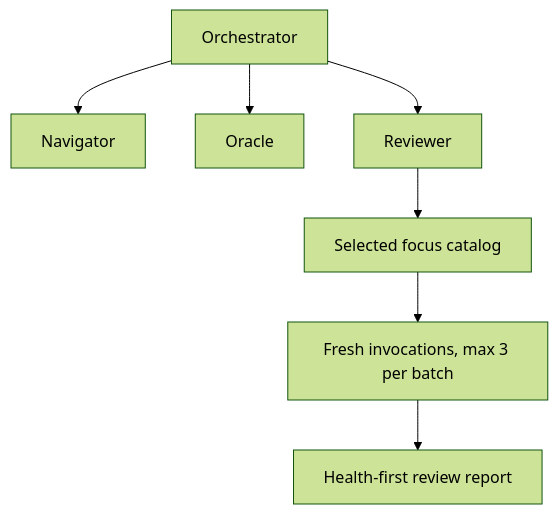
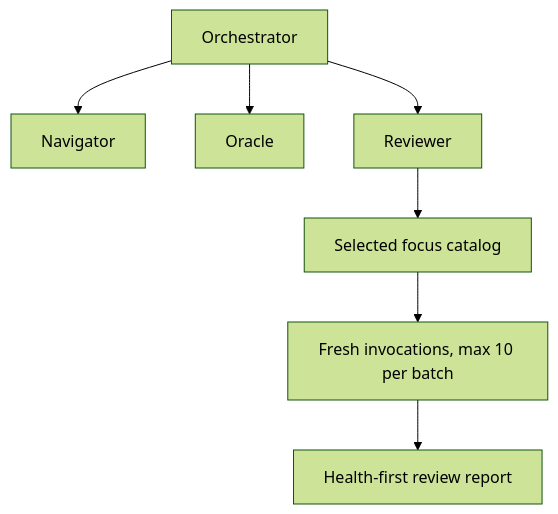
One commit to guilhermemmb/ai-rules changed the diagram in docs/graphs/dispatch-and-review.mmd. Above: the diagram before and after it, drawn with Mermaid (forest theme). The commit also changed 9 other files, not shown here.

```diff
--- a/docs/graphs/dispatch-and-review.mmd
+++ b/docs/graphs/dispatch-and-review.mmd
@@ -1,7 +1,7 @@
 flowchart TD
     ORCH[Orchestrator] --> NAV[Navigator]
     ORCH --> ORACLE[Oracle]
     ORCH --> REVIEWER[Reviewer]
     REVIEWER --> FOCUSES[Selected focus catalog]
-    FOCUSES --> INVOCATIONS[Fresh invocations, max 3 per batch]
+    FOCUSES --> INVOCATIONS[Fresh invocations, max 10 per batch]
     INVOCATIONS --> REPORT[Health-first review report]
```
